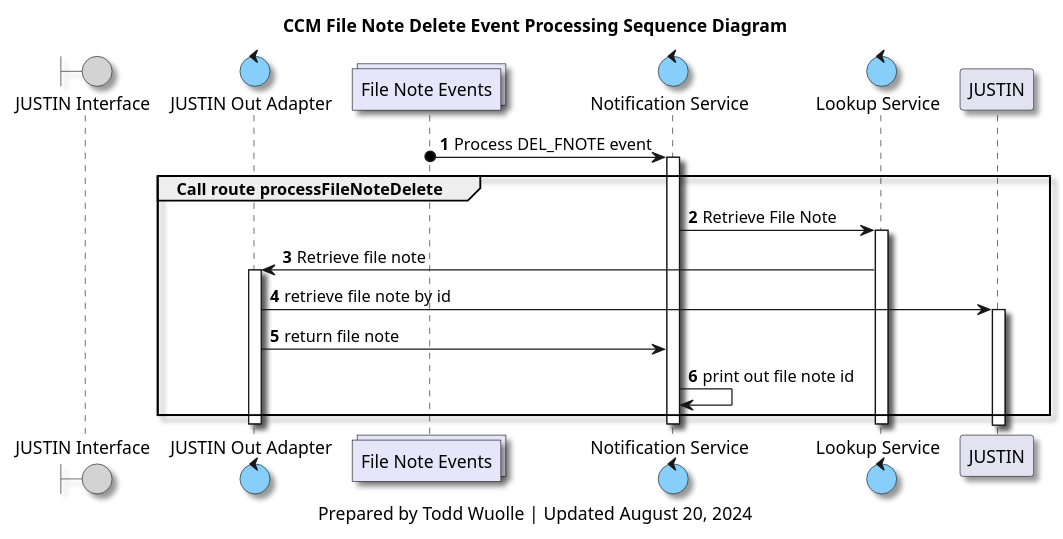
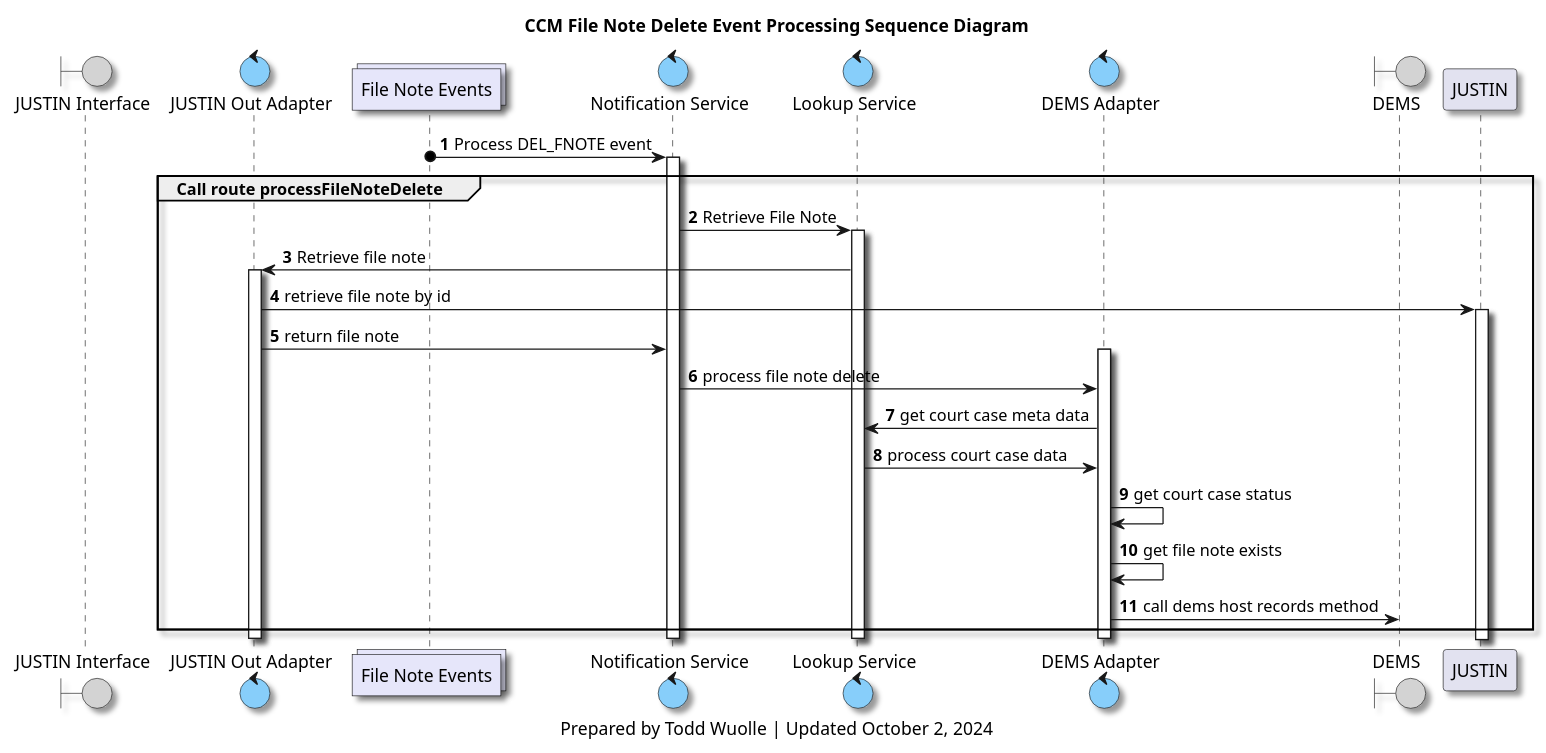
One commit to bcgov/jpss-jade-ccm changed the diagram in diagrams/ccm_file_note_delete_processing_sequence_diagram.plantuml. Above: the diagram before and after it, drawn with PlantUML. The commit also changed 1 other file, not shown here.

Commit message:
Updated diagram

```diff
--- a/diagrams/ccm_file_note_delete_processing_sequence_diagram.plantuml
+++ b/diagrams/ccm_file_note_delete_processing_sequence_diagram.plantuml
@@ -1,52 +1,63 @@
 @startuml
 'hide footbox
 
 skinparam Shadowing true
 skinparam CollectionsBackgroundColor Lavender
 skinparam ControlBackgroundColor LightSkyBlue
 skinparam BoundaryBackgroundColor LightGrey 
 
 /' 
 Available colours
 https://plantuml-documentation.readthedocs.io/en/latest/formatting/color-names.html
 '/
 
 boundary j_interface as "JUSTIN Interface"
 control j_adapter as "JUSTIN Out Adapter"
 collections inferred_file_note_topic as "File Note Events"
 control notification_service as "Notification Service"
 control lookup_service as "Lookup Service"
+control dems_adapter as "DEMS Adapter"
+boundary d_interface as "DEMS"
 
 title
 CCM File Note Delete Event Processing Sequence Diagram
 end title
 
 autonumber
 
 inferred_file_note_topic o-> notification_service : Process DEL_FNOTE event
 activate notification_service
 
 group Call route processFileNoteDelete
 notification_service -> lookup_service : Retrieve File Note
 activate lookup_service
 
 lookup_service -> j_adapter : Retrieve file note
 activate j_adapter
 
 j_adapter -> JUSTIN : retrieve file note by id
 activate JUSTIN
 j_adapter->notification_service : return file note
+activate dems_adapter
+notification_service-> dems_adapter : process file note delete
+dems_adapter -> lookup_service : get court case meta data
+lookup_service->dems_adapter : process court case data
+dems_adapter->dems_adapter : get court case status
+dems_adapter->dems_adapter : get file note exists
+dems_adapter->d_interface :  call dems host records method
 
-notification_service-> notification_service : print out file note id
+
 end group
 
 
 deactivate notification_service
 deactivate lookup_service
 deactivate j_adapter
 deactivate j_interface
+deactivate d_interface
+deactivate dems_adapter
 
 caption
-Prepared by Todd Wuolle | Updated August 20, 2024
+Prepared by Todd Wuolle | Updated October 2, 2024
 end caption
 @enduml
```
